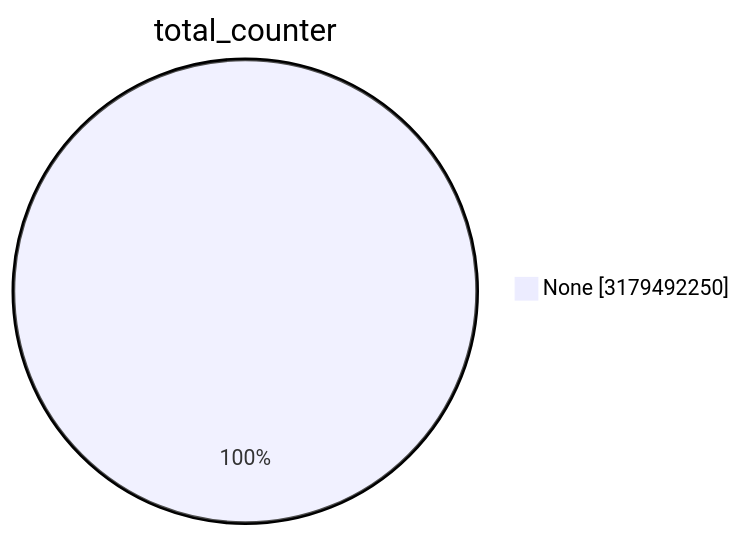
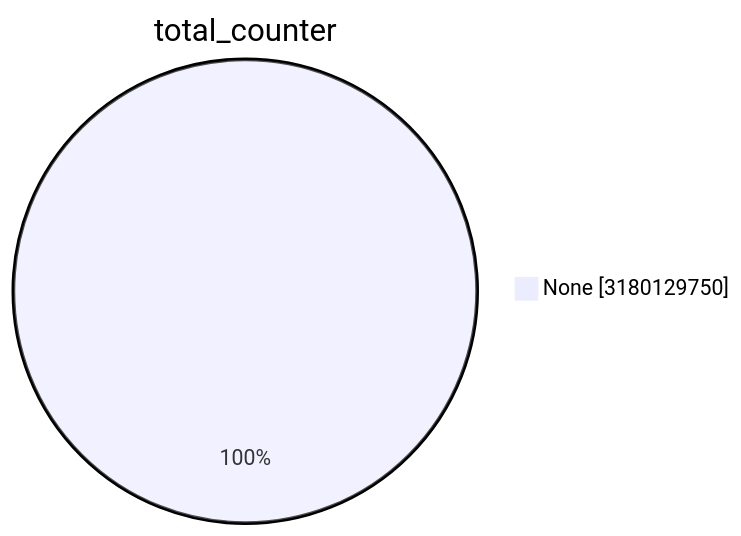
One commit to christiankrug/ctmonitor_visualization changed the first of 15 diagrams in TOTAL/README.md. Above: the diagram before and after it, drawn with Mermaid. The commit also changed other lines of this file, not shown here.

````diff
--- a/TOTAL/README.md
+++ b/TOTAL/README.md
@@ -1,5 +1,5 @@
 ```mermaid
 pie showData
 title total_counter
-"None" :3179492250
+"None" :3180129750
 ```
````
